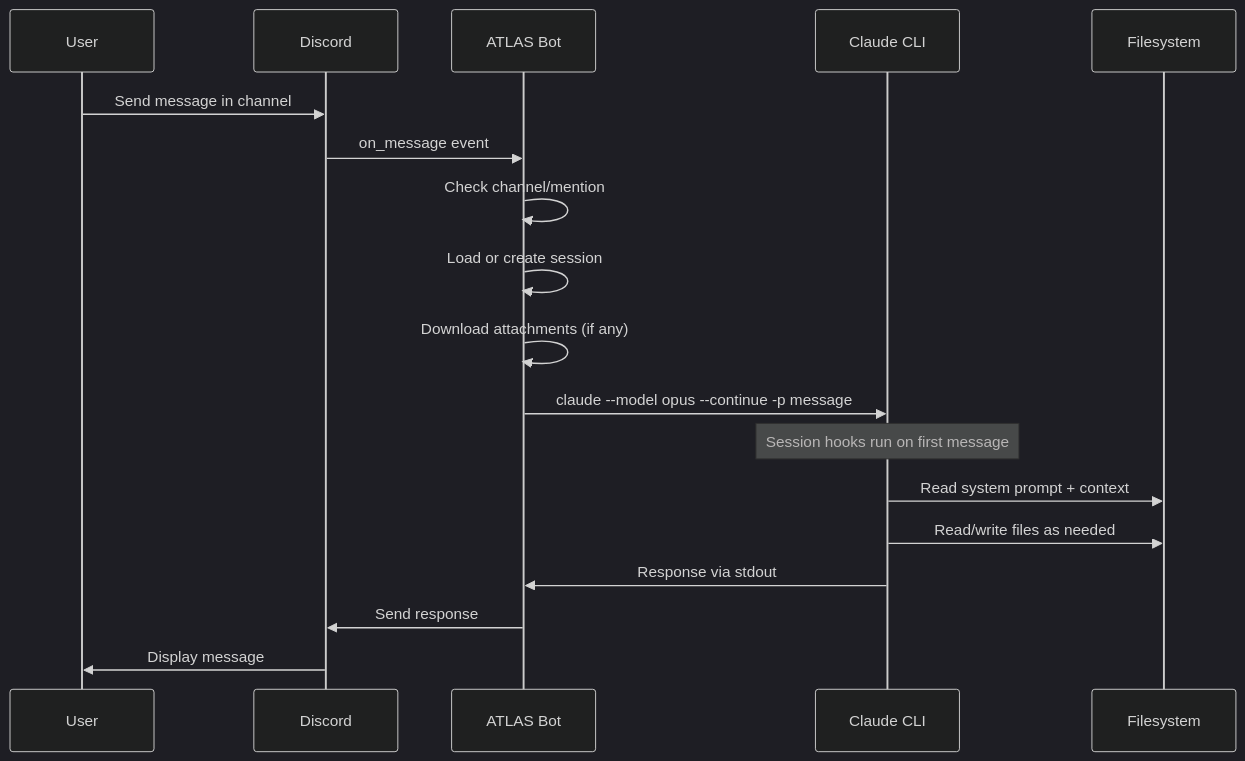
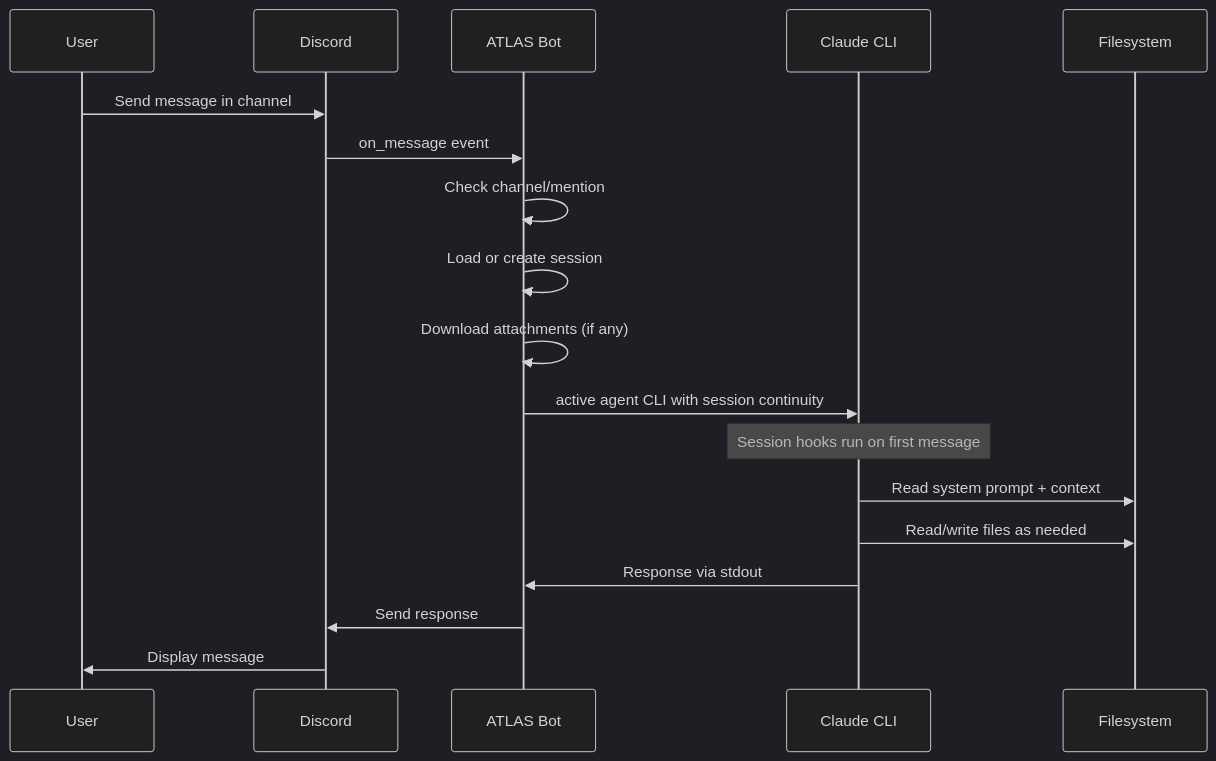
The second of 5 diagrams in README.md (jamesmoon2/ATLAS-bot), drawn with Mermaid (dark theme) before and after one commit. The commit also changed other lines of this file and 26 other files, not shown here.

````diff
--- a/README.md
+++ b/README.md
@@ -72,22 +72,22 @@
 ```mermaid
 sequenceDiagram
     participant U as User
     participant D as Discord
     participant B as ATLAS Bot
     participant C as Claude CLI
     participant F as Filesystem
 
     U->>D: Send message in channel
     D->>B: on_message event
     B->>B: Check channel/mention
     B->>B: Load or create session
     B->>B: Download attachments (if any)
-    B->>C: claude --model opus --continue -p message
+    B->>C: active agent CLI with session continuity
 
     Note over C: Session hooks run on first message
     C->>F: Read system prompt + context
     C->>F: Read/write files as needed
     C->>B: Response via stdout
     B->>D: Send response
     D->>U: Display message
 ```
````
